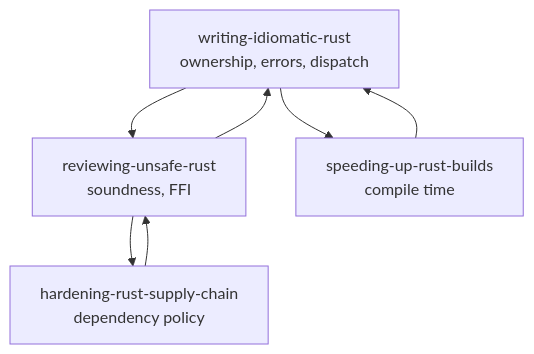
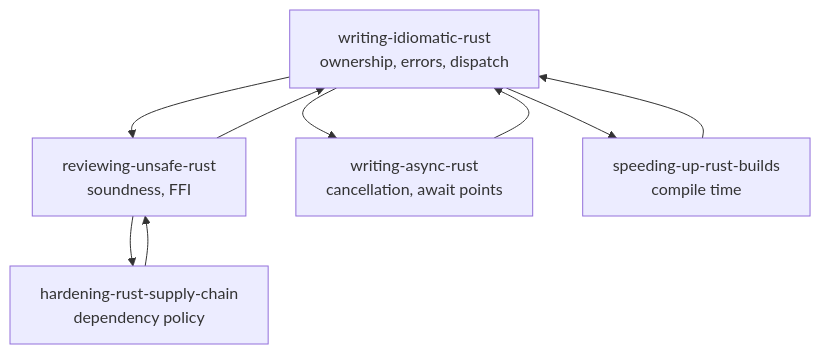
One commit to audacioustux/agents changed the second of 2 diagrams in .agents/skills/README.md. Above: the diagram before and after it, drawn with Mermaid. The commit also changed other lines of this file and 3 other files, not shown here.

First line of the commit message:
Add writing-async-rust; fold error-type design into idiomatic

````diff
--- a/.agents/skills/README.md
+++ b/.agents/skills/README.md
@@ -116,12 +117,14 @@
 ```mermaid
 flowchart TD
   idio["writing-idiomatic-rust<br/>ownership, errors, dispatch"]
   unsafe_["reviewing-unsafe-rust<br/>soundness, FFI"]
+  async_["writing-async-rust<br/>cancellation, await points"]
   supply["hardening-rust-supply-chain<br/>dependency policy"]
   builds["speeding-up-rust-builds<br/>compile time"]
 
-  idio --> unsafe_ & builds
+  idio --> unsafe_ & async_ & builds
   unsafe_ --> idio & supply
+  async_ --> idio
   supply --> unsafe_
   builds --> idio
 ```
````
